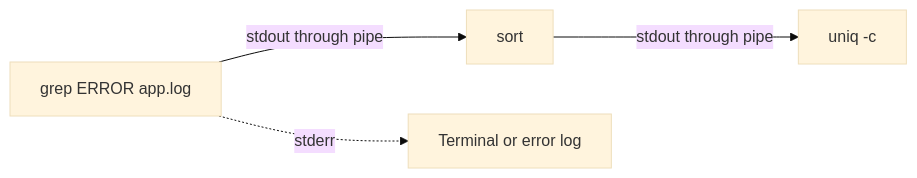
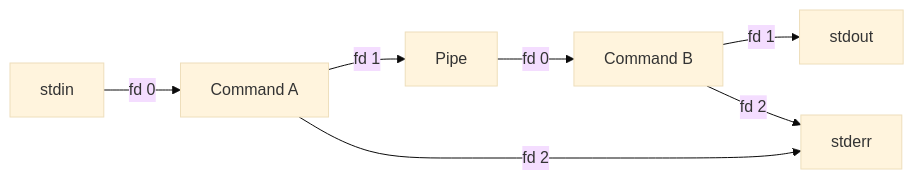
One commit to tiendu/tiendu.github.io changed the second of 4 diagrams in src/content/blog/2025-11-20-bash-useful-stuff.md. Above: the diagram before and after it, drawn with Mermaid (base theme). The commit also changed other lines of this file, not shown here.

````diff
--- a/src/content/blog/2025-11-20-bash-useful-stuff.md
+++ b/src/content/blog/2025-11-20-bash-useful-stuff.md
@@ -425,6 +675,11 @@
 ```mermaid
 flowchart LR
-    A["grep ERROR app.log"] -->|"stdout through pipe"| B["sort"]
-    B -->|"stdout through pipe"| C["uniq -c"]
-    A -.->|"stderr"| D["Terminal or error log"]
+    accTitle: Standard streams in a pipeline
+    accDescr: The first command sends standard output through a pipe to the second command; standard error is separate unless explicitly redirected.
+    I["stdin"] -->|"fd 0"| A["Command A"]
+    A -->|"fd 1"| P["Pipe"]
+    P -->|"fd 0"| B["Command B"]
+    B -->|"fd 1"| O["stdout"]
+    A -->|"fd 2"| E["stderr"]
+    B -->|"fd 2"| E
 ```
````
